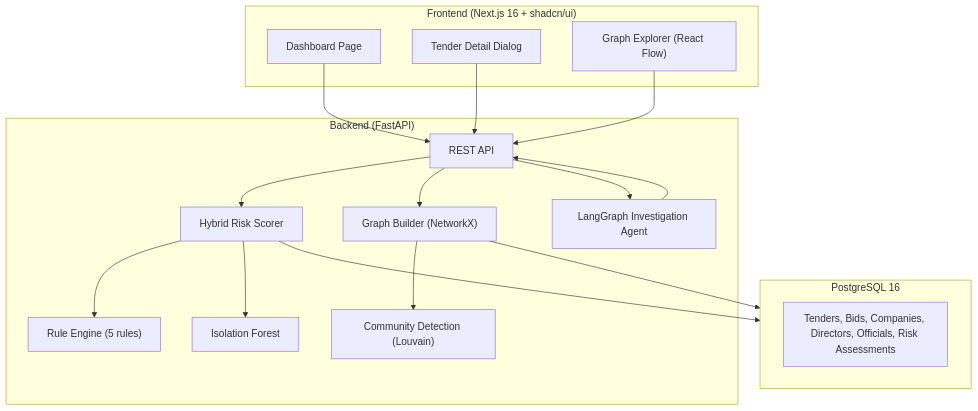
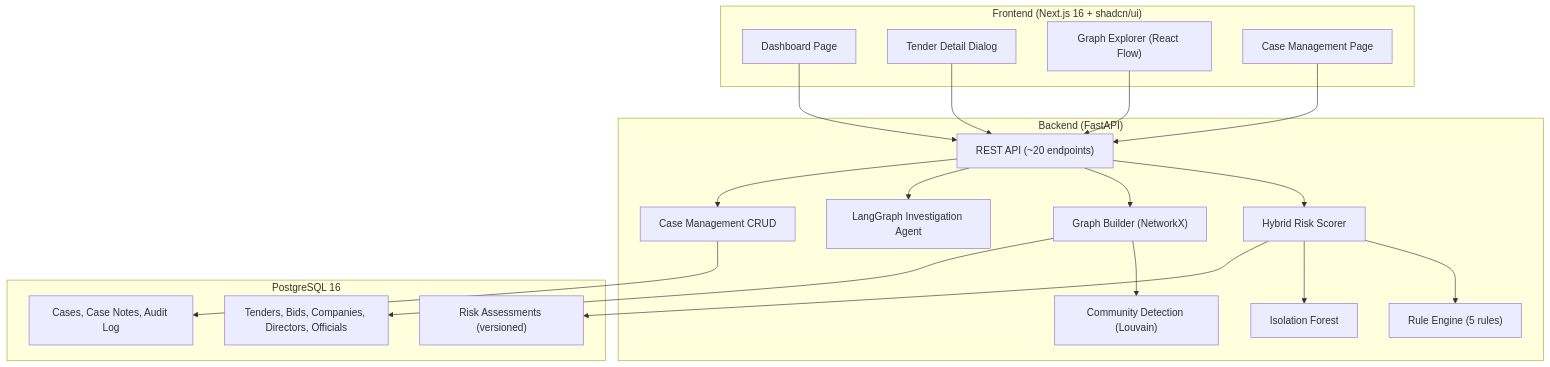
Before and after one commit to kodalegit/sentinel: the diagram in IMPLEMENTATION.md, drawn with Mermaid. The commit also changed other lines of this file and 10 other files, not shown here.

Commit message:
add case management system with investigation workflow and audit trail

````diff
--- a/IMPLEMENTATION.md
+++ b/IMPLEMENTATION.md
@@ -22,35 +23,41 @@
 ```mermaid
 graph TB
     subgraph Frontend["Frontend (Next.js 16 + shadcn/ui)"]
         Dashboard["Dashboard Page"]
         Modal["Tender Detail Dialog"]
         GraphExplorer["Graph Explorer (React Flow)"]
+        CaseMgmt["Case Management Page"]
     end
 
     subgraph Backend["Backend (FastAPI)"]
-        API["REST API"]
+        API["REST API (~20 endpoints)"]
         HybridScorer["Hybrid Risk Scorer"]
         RuleEngine["Rule Engine (5 rules)"]
         MLEngine["Isolation Forest"]
         GraphBuilder["Graph Builder (NetworkX)"]
         Communities["Community Detection (Louvain)"]
         Agent["LangGraph Investigation Agent"]
+        CaseAPI["Case Management CRUD"]
     end
 
     subgraph Database["PostgreSQL 16"]
-        Tables["Tenders, Bids, Companies, Directors, Officials, Risk Assessments"]
+        CoreTables["Tenders, Bids, Companies, Directors, Officials"]
+        RiskTables["Risk Assessments (versioned)"]
+        CaseTables["Cases, Case Notes, Audit Log"]
     end
 
     Dashboard --> API
     Modal --> API
     GraphExplorer --> API
+    CaseMgmt --> API
     API --> HybridScorer
     API --> GraphBuilder
     API --> Agent
+    API --> CaseAPI
     HybridScorer --> RuleEngine
     HybridScorer --> MLEngine
     GraphBuilder --> Communities
-    Agent --> API
-    HybridScorer --> Database
-    GraphBuilder --> Database
+    CaseAPI --> CaseTables
+    HybridScorer --> RiskTables
+    GraphBuilder --> CoreTables
 ```
````
